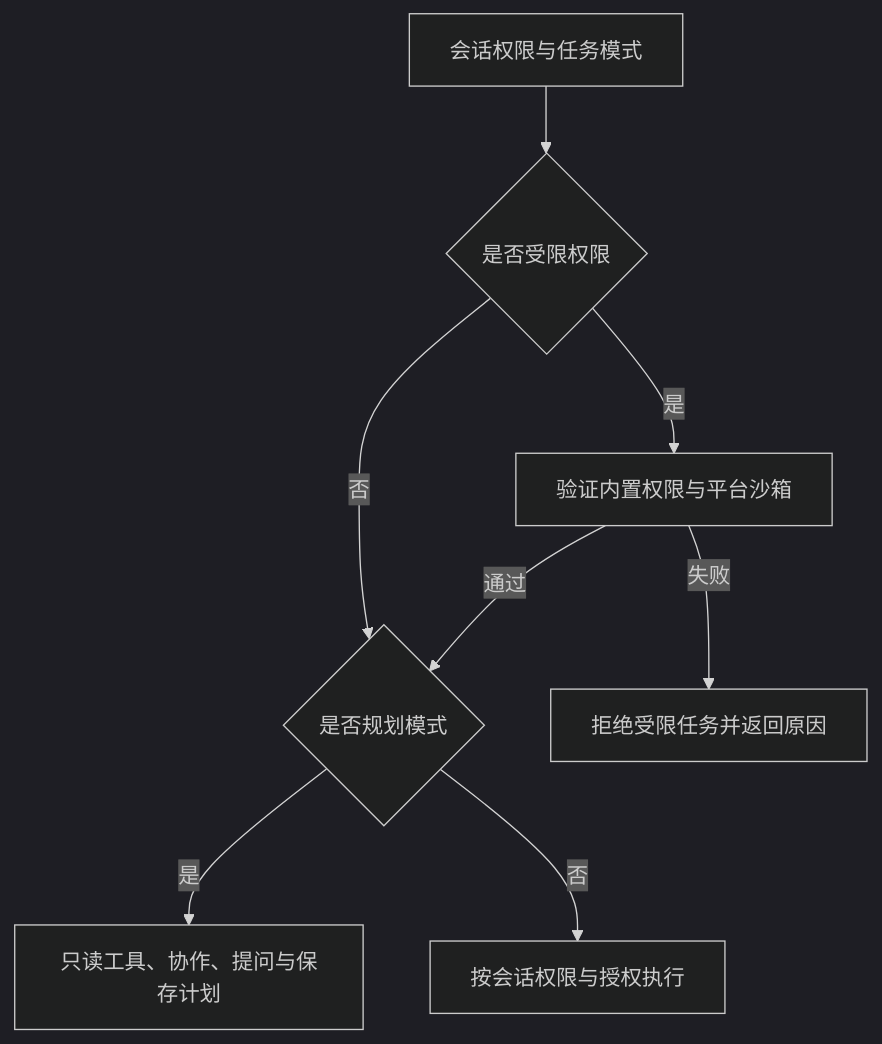
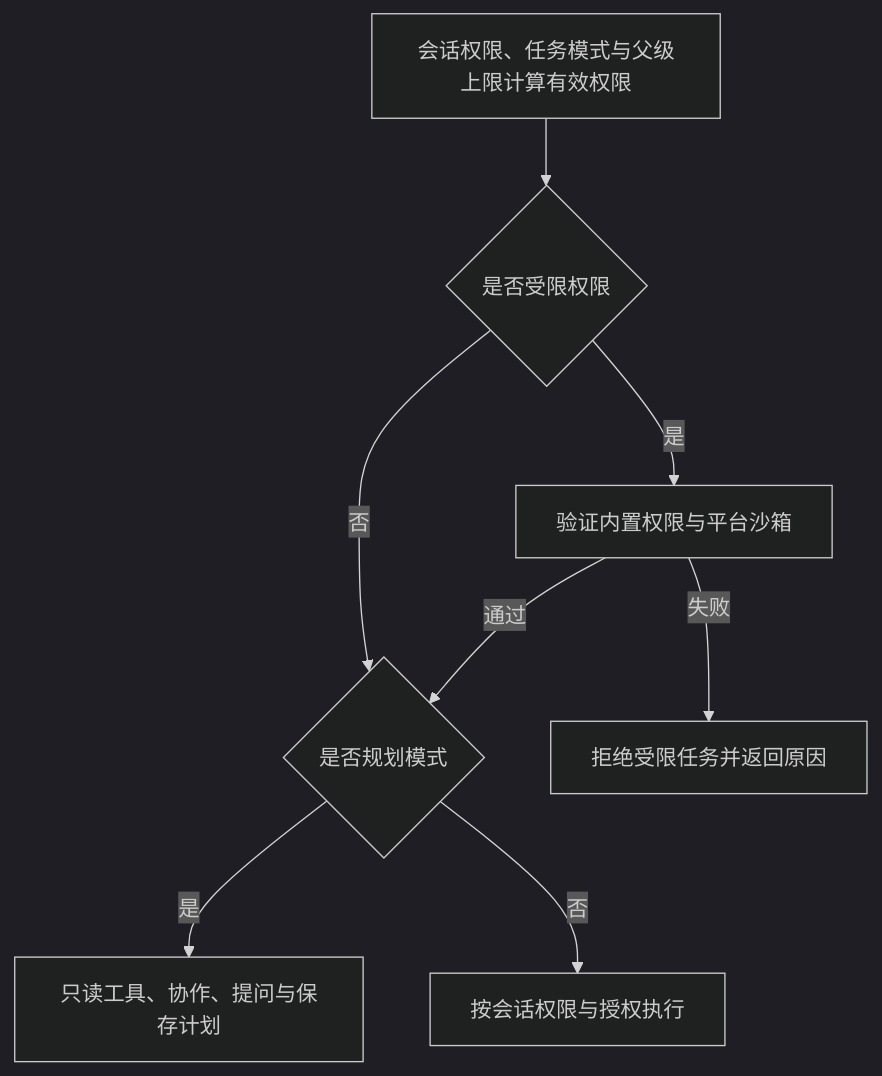
One commit to xidongdong-153/Pi-meme changed the diagram in docs/configuration.md. Above: the diagram before and after it, drawn with Mermaid. The commit also changed other lines of this file and 46 other files, not shown here.

````diff
--- a/docs/configuration.md
+++ b/docs/configuration.md
@@ -201,11 +207,11 @@
 ```mermaid
 %%{init: {"theme": "dark"}}%%
 flowchart TD
-  Task["会话权限与任务模式"] --> Access{"是否受限权限"}
+  Task["会话权限、任务模式与父级上限计算有效权限"] --> Access{"是否受限权限"}
   Access -->|是| Probe["验证内置权限与平台沙箱"]
   Probe -->|通过| Plan{"是否规划模式"}
   Probe -->|失败| Reject["拒绝受限任务并返回原因"]
   Access -->|否| Plan
   Plan -->|是| Read["只读工具、协作、提问与保存计划"]
   Plan -->|否| Run["按会话权限与授权执行"]
 ```
````
